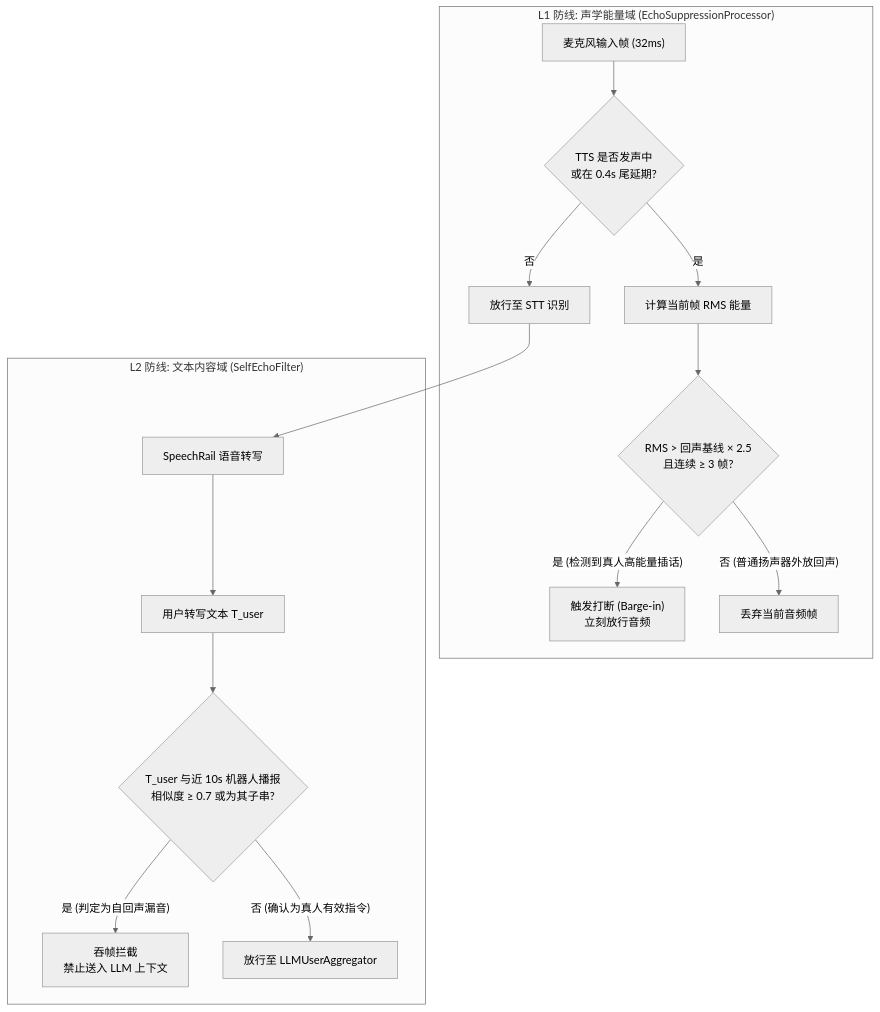
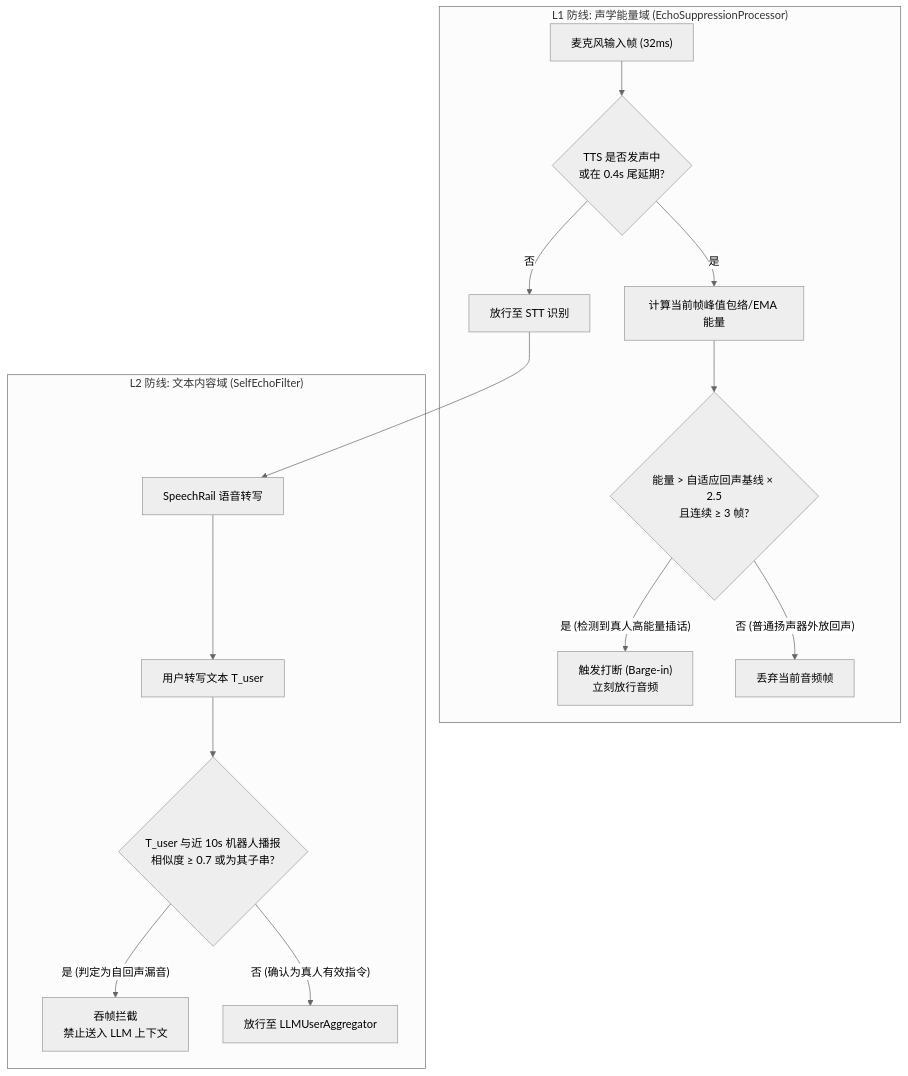
The sixth of 13 diagrams in docs/architecture/系统总体架构与详细设计方案.md (hrygo/voice-realtime), drawn with Mermaid (neutral theme) before and after one commit. The commit also changed other lines of this file and 28 other files, not shown here.

````diff
--- a/docs/architecture/系统总体架构与详细设计方案.md
+++ b/docs/architecture/系统总体架构与详细设计方案.md
@@ -412,19 +420,19 @@
 ```mermaid
 flowchart TD
     subgraph L1_DEFENSE["L1 防线: 声学能量域 (EchoSuppressionProcessor)"]
         IN_FRAME["麦克风输入帧 (32ms)"] --> CHECK_BOT{"TTS 是否发声中<br/>或在 0.4s 尾延期?"}
         CHECK_BOT -->|否| PASS_L1["放行至 STT 识别"]
-        CHECK_BOT -->|是| CALC_RMS["计算当前帧 RMS 能量"]
-        CALC_RMS --> CHECK_RMS{"RMS > 回声基线 × 2.5<br/>且连续 ≥ 3 帧?"}
+        CHECK_BOT -->|是| CALC_ENERGY["计算当前帧峰值包络/EMA 能量"]
+        CALC_ENERGY --> CHECK_RMS{"能量 > 自适应回声基线 × 2.5<br/>且连续 ≥ 3 帧?"}
         CHECK_RMS -->|"是 (检测到真人高能量插话)"| BARGE_IN["触发打断 (Barge-in)<br/>立刻放行音频"]
         CHECK_RMS -->|"否 (普通扬声器外放回声)"| DROP_L1["丢弃当前音频帧"]
     end
 
     subgraph L2_DEFENSE["L2 防线: 文本内容域 (SelfEchoFilter)"]
         PASS_L1 --> SPEECHRAIL_ASR["SpeechRail 语音转写"]
         SPEECHRAIL_ASR --> TEXT_OUT["用户转写文本 T_user"]
         TEXT_OUT --> CHECK_TEXT{"T_user 与近 10s 机器人播报<br/>相似度 ≥ 0.7 或为其子串?"}
         CHECK_TEXT -->|"是 (判定为自回声漏音)"| SWALLOW["吞帧拦截<br/>禁止送入 LLM 上下文"]
         CHECK_TEXT -->|"否 (确认为真人有效指令)"| PASS_LLM["放行至 LLMUserAggregator"]
     end
 ```
````
